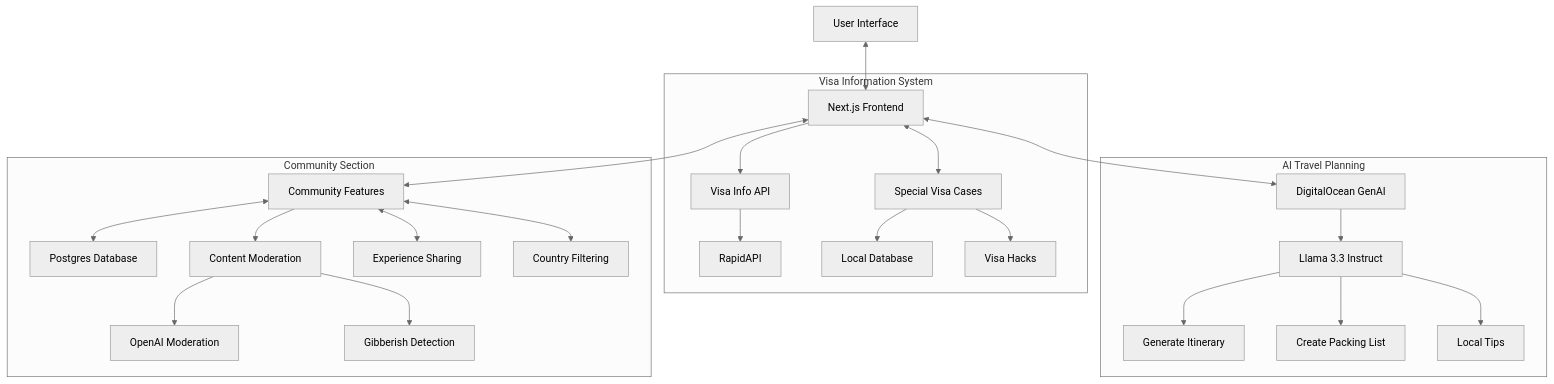
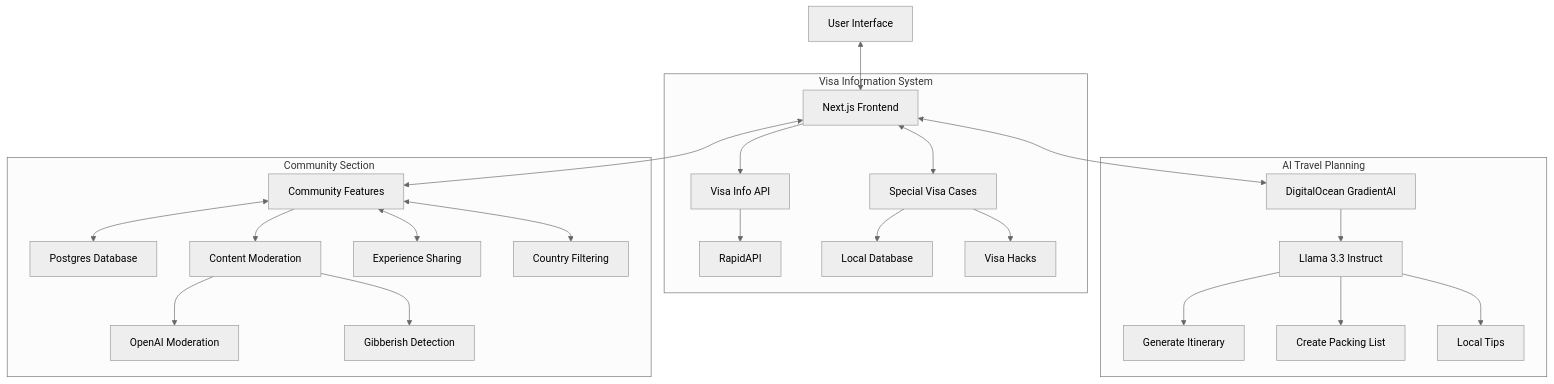
The diagram in README.md (Haimantika/all-things-travel), drawn with Mermaid (neutral theme) before and after one commit. The commit also changed other lines of this file, not shown here.

````diff
--- a/README.md
+++ b/README.md
@@ -51,30 +51,30 @@
 ```mermaid
 graph TD
     A[User Interface] <--> B[Next.js Frontend]
     
     subgraph "Visa Information System"
         B --> C[Visa Info API]
         B <--> D[Special Visa Cases]
         C --> E[RapidAPI]
         D --> F[Local Database]
         D --> G[Visa Hacks]
     end
     
     subgraph "AI Travel Planning"
-        B <--> H[DigitalOcean GenAI]
+        B <--> H[DigitalOcean GradientAI]
         H --> I[Llama 3.3 Instruct]
         I --> J[Generate Itinerary]
         I --> K[Create Packing List]
         I --> L[Local Tips]
     end
     
     subgraph "Community Section"
         B <--> M[Community Features]
         M <--> N[Postgres Database]
         M --> O[Content Moderation]
         O --> P[OpenAI Moderation]
         O --> Q[Gibberish Detection]
         M <--> R[Experience Sharing]
         M <--> S[Country Filtering]
     end
 ```
````
